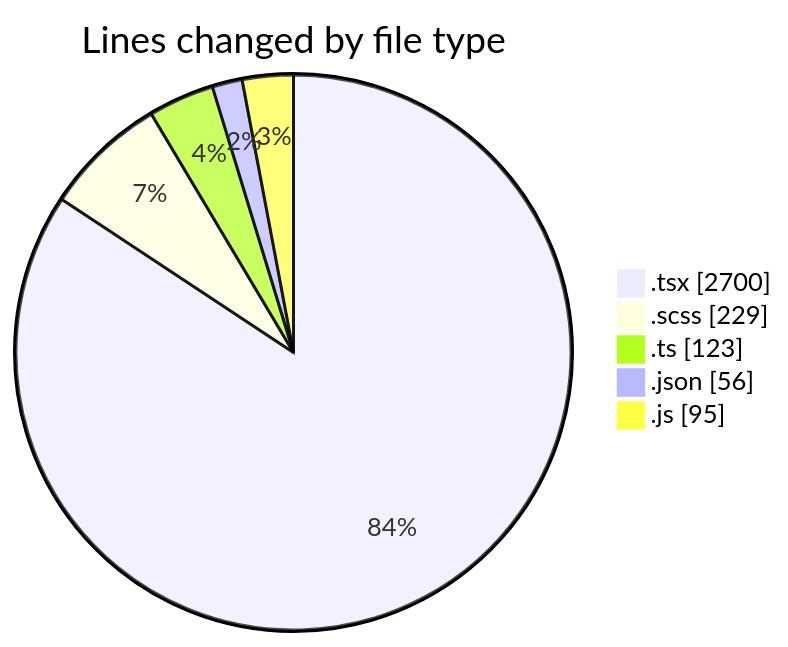
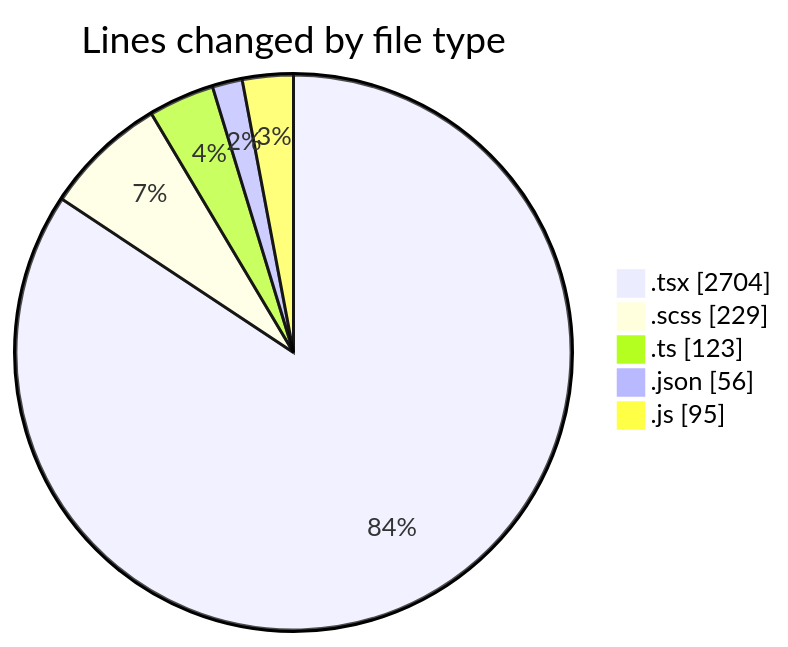
Before and after one commit to momahboobian/code-tracking: the first of 2 diagrams in 2026-10-30/cda/README.md, drawn with Mermaid. The commit also changed other lines of this file and 1 other file, not shown here.

````diff
--- a/2026-10-30/cda/README.md
+++ b/2026-10-30/cda/README.md
@@ -40,9 +40,9 @@
 ```mermaid
 pie showData
 title Lines changed by file type
-".tsx" : 2700
+".tsx" : 2704
 ".scss" : 229
 ".ts" : 123
 ".json" : 56
 ".js" : 95
 ```
````
